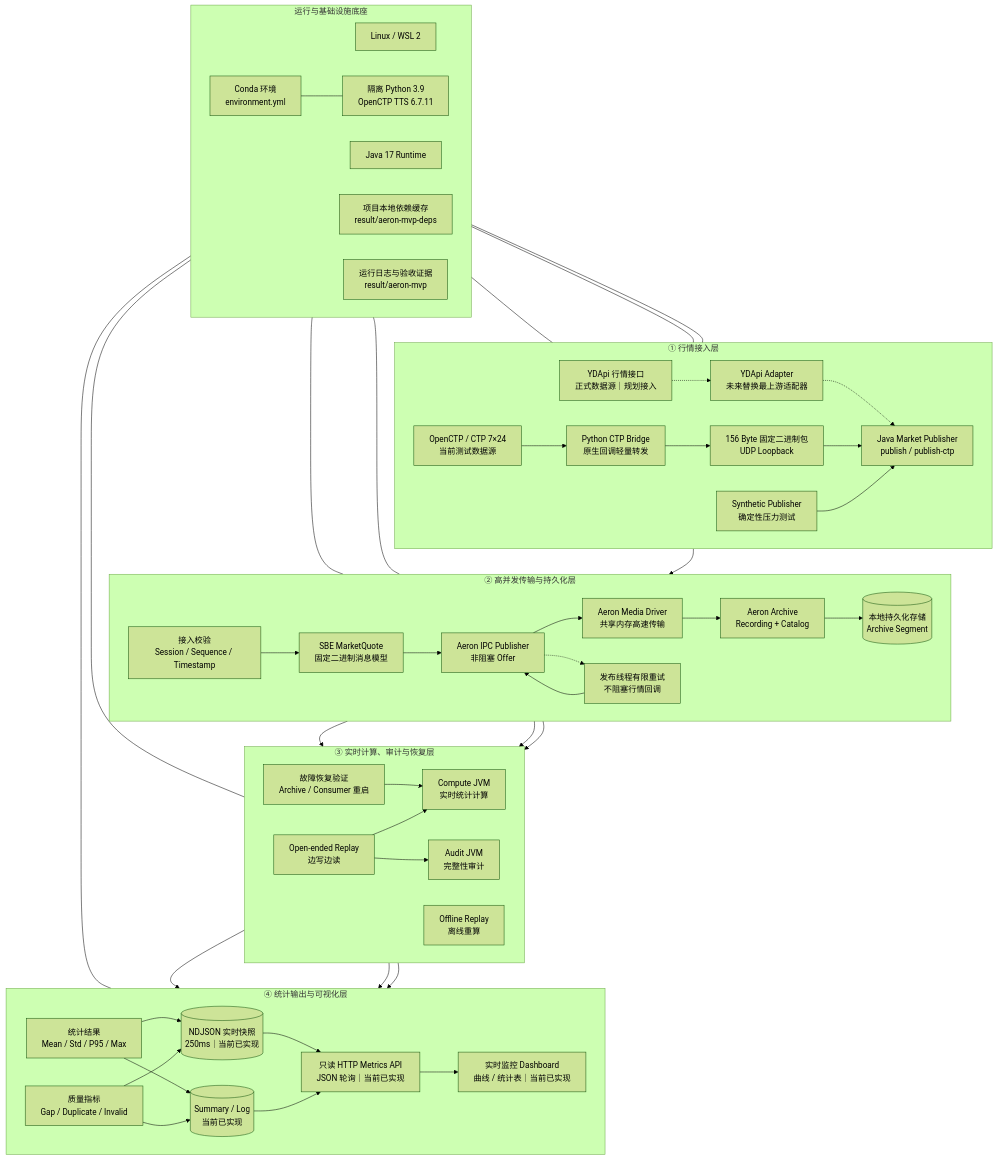
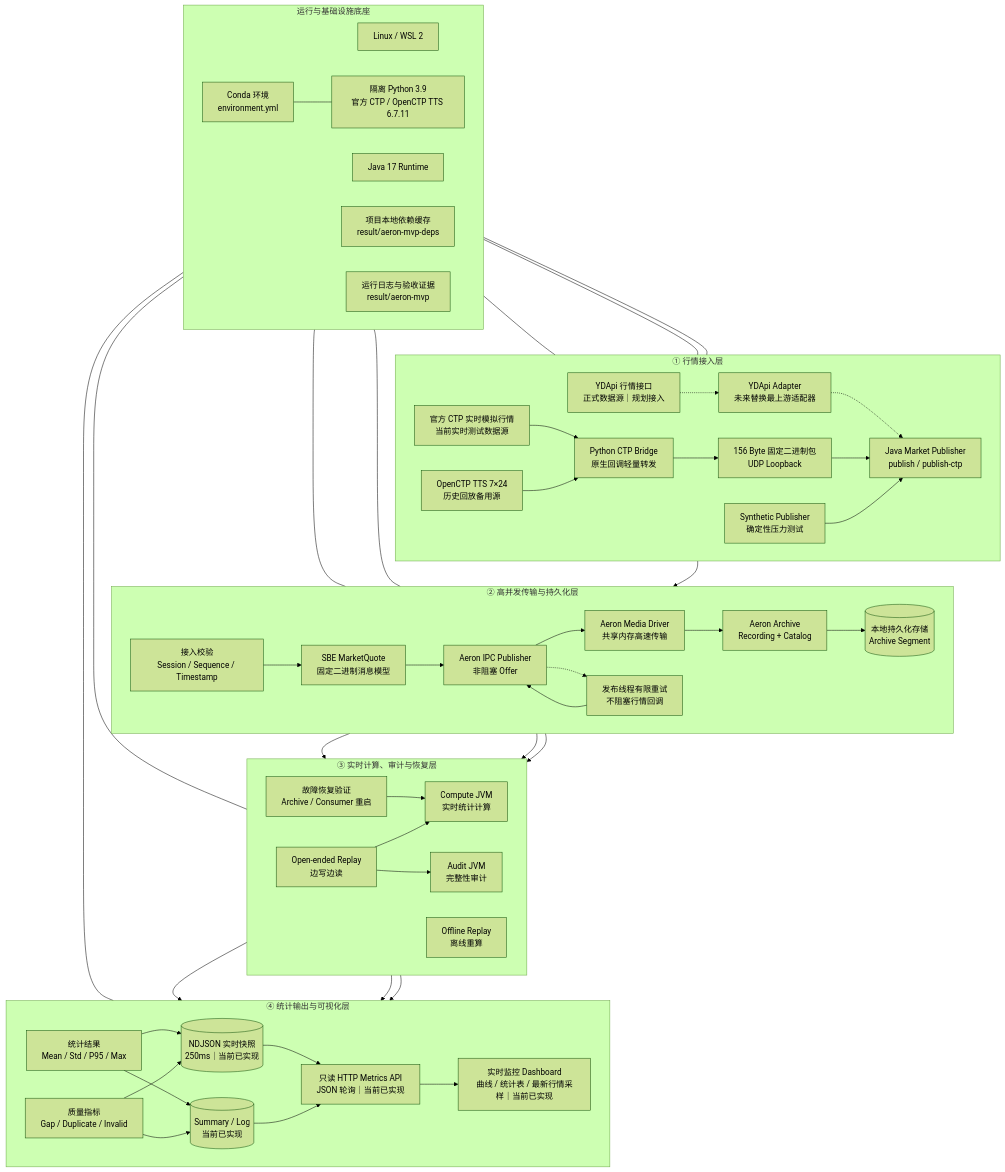
Before and after one commit to 031asa/high-concurrency: the diagram in docs/high-concurrency-architecture.md, drawn with Mermaid (forest theme). The commit also changed other lines of this file and 11 other files, not shown here.

Commit message:
feat: add live CTP dashboard snapshots

```diff
--- a/docs/high-concurrency-architecture.md
+++ b/docs/high-concurrency-architecture.md
@@ -5,7 +5,8 @@
     subgraph ACCESS["① 行情接入层"]
         direction LR
         YD["YDApi 行情接口<br/>正式数据源｜规划接入"]
-        CTP["OpenCTP / CTP 7×24<br/>当前测试数据源"]
+        CTPL["官方 CTP 实时模拟行情<br/>当前实时测试数据源"]
+        CTP["OpenCTP TTS 7×24<br/>历史回放备用源"]
         SIM["Synthetic Publisher<br/>确定性压力测试"]
         YDA["YDApi Adapter<br/>未来替换最上游适配器"]
         CTB["Python CTP Bridge<br/>原生回调轻量转发"]
@@ -14,6 +15,7 @@
 
         YD -.-> YDA
         YDA -.-> JP
+        CTPL --> CTB
         CTP --> CTB --> UDP --> JP
         SIM --> JP
     end
@@ -55,7 +57,7 @@
         STREAM[("NDJSON 实时快照<br/>250ms｜当前已实现")]
         SUMMARY[("Summary / Log<br/>当前已实现")]
         API["只读 HTTP Metrics API<br/>JSON 轮询｜当前已实现"]
-        DASH["实时监控 Dashboard<br/>曲线 / 统计表｜当前已实现"]
+        DASH["实时监控 Dashboard<br/>曲线 / 统计表 / 最新行情采样｜当前已实现"]
 
         COMPUTE --> STAT --> STREAM
         AUDIT --> QUALITY --> STREAM
@@ -71,7 +73,7 @@
         direction LR
         LINUX["Linux / WSL 2"]
         JAVA["Java 17 Runtime"]
-        PY["隔离 Python 3.9<br/>OpenCTP TTS 6.7.11"]
+        PY["隔离 Python 3.9<br/>官方 CTP / OpenCTP TTS 6.7.11"]
         CONDA["Conda 环境<br/>environment.yml"]
         DEPS["项目本地依赖缓存<br/>result/aeron-mvp-deps"]
         OBS["运行日志与验收证据<br/>result/aeron-mvp"]
```
